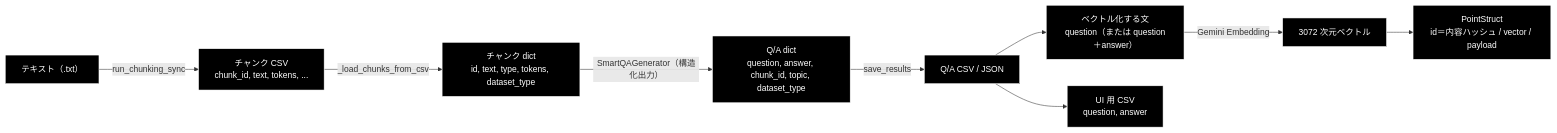
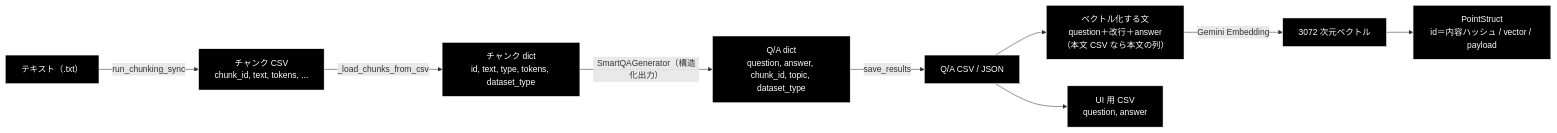
The second of 2 diagrams in qa_qdrant/docs/qa_qdrant_data_flow.md (nakashima2toshio/grace_v2_local), drawn with Mermaid before and after one commit. The commit also changed other lines of this file and 6 other files, not shown here.

First line of the commit message:
fix(qa_qdrant): make_qa_register_qdrant.py も question＋answer を Embedding する

````diff
--- a/qa_qdrant/docs/qa_qdrant_data_flow.md
+++ b/qa_qdrant/docs/qa_qdrant_data_flow.md
@@ -89,23 +89,23 @@
 ```mermaid
 flowchart LR
     A["テキスト（.txt）"]
     B["チャンク CSV<br>chunk_id, text, tokens, ..."]
     C["チャンク dict<br>id, text, type, tokens, dataset_type"]
     D["Q/A dict<br>question, answer, chunk_id, topic, dataset_type"]
     E["Q/A CSV / JSON"]
-    F["ベクトル化する文<br>question（または question＋answer）"]
+    F["ベクトル化する文<br>question＋改行＋answer（本文 CSV なら本文の列）"]
     G["3072 次元ベクトル"]
     H["PointStruct<br>id＝内容ハッシュ / vector / payload"]
     I["UI 用 CSV<br>question, answer"]
     A -->|"run_chunking_sync"| B
     B -->|"_load_chunks_from_csv"| C
     C -->|"SmartQAGenerator（構造化出力）"| D
     D -->|"save_results"| E
     E --> F
     F -->|"Gemini Embedding"| G
     G --> H
     E --> I
 classDef default fill:#000,stroke:#fff,color:#fff
 classDef subgraphStyle fill:#1a1a1a,stroke:#fff,color:#fff
 class A,B,C,D,E,F,G,H,I default
 ```
````
